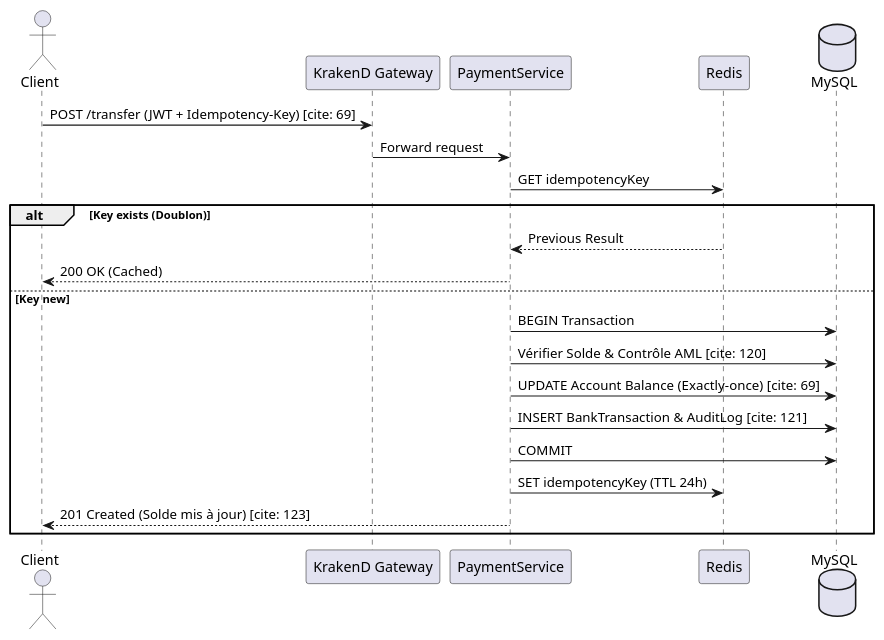
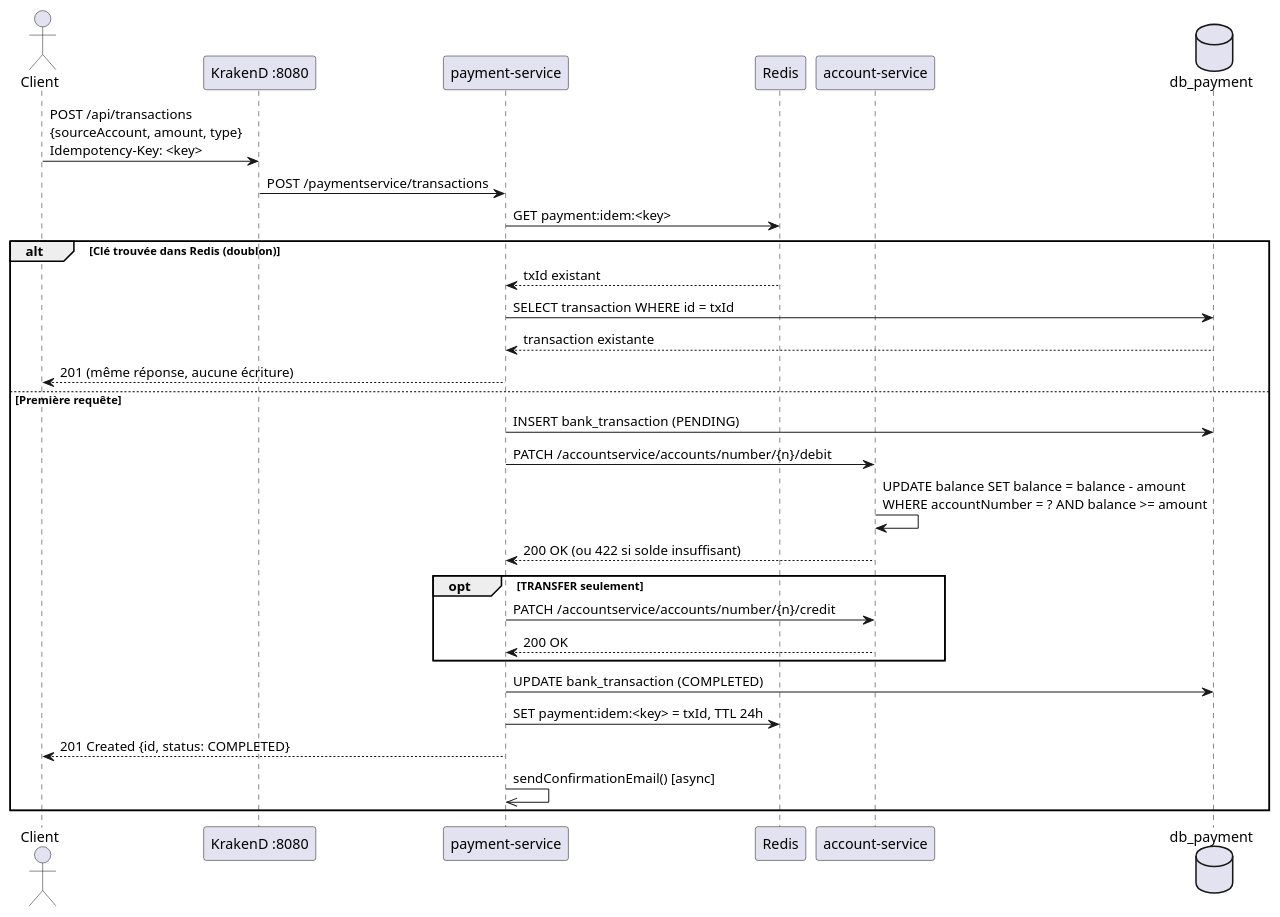
The diagram in docs/SequenceDiagram.puml (pascal680/log430-projet), drawn with PlantUML before and after one commit. The commit also changed 19 other files, not shown here.

Commit message:
modification doc et diagramme

```diff
--- a/docs/SequenceDiagram.puml
+++ b/docs/SequenceDiagram.puml
@@ -1,24 +1,36 @@
-@startuml
+@startuml CanBankX — Flux UC-05 : Virement bancaire
 actor Client
-participant "KrakenD Gateway" as GW
-participant "PaymentService" as PS
+participant "KrakenD :8080" as GW
+participant "payment-service" as PS
 participant "Redis" as Cache
-database "MySQL" as DB
+participant "account-service" as AS
+database "db_payment" as DB
 
-Client -> GW : POST /transfer (JWT + Idempotency-Key) [cite: 69]
-GW -> PS : Forward request
+Client -> GW : POST /api/transactions\n{sourceAccount, amount, type}\nIdempotency-Key: <key>
+GW -> PS : POST /paymentservice/transactions
 
-PS -> Cache : GET idempotencyKey
-alt Key exists (Doublon)
-    Cache --> PS : Previous Result
-    PS --> Client : 200 OK (Cached)
-else Key new
-    PS -> DB : BEGIN Transaction
-    PS -> DB : Vérifier Solde & Contrôle AML [cite: 120]
-    PS -> DB : UPDATE Account Balance (Exactly-once) [cite: 69]
-    PS -> DB : INSERT BankTransaction & AuditLog [cite: 121]
-    PS -> DB : COMMIT
-    PS -> Cache : SET idempotencyKey (TTL 24h)
-    PS --> Client : 201 Created (Solde mis à jour) [cite: 123]
+PS -> Cache : GET payment:idem:<key>
+
+alt Clé trouvée dans Redis (doublon)
+  Cache --> PS : txId existant
+  PS -> DB : SELECT transaction WHERE id = txId
+  DB --> PS : transaction existante
+  PS --> Client : 201 (même réponse, aucune écriture)
+else Première requête
+  PS -> DB : INSERT bank_transaction (PENDING)
+  PS -> AS : PATCH /accountservice/accounts/number/{n}/debit
+  AS -> AS : UPDATE balance SET balance = balance - amount\nWHERE accountNumber = ? AND balance >= amount
+  AS --> PS : 200 OK (ou 422 si solde insuffisant)
+
+  opt TRANSFER seulement
+    PS -> AS : PATCH /accountservice/accounts/number/{n}/credit
+    AS --> PS : 200 OK
+  end
+
+  PS -> DB : UPDATE bank_transaction (COMPLETED)
+  PS -> Cache : SET payment:idem:<key> = txId, TTL 24h
+  PS --> Client : 201 Created {id, status: COMPLETED}
+
+  PS ->> PS : sendConfirmationEmail() [async]
 end
 @enduml
```
